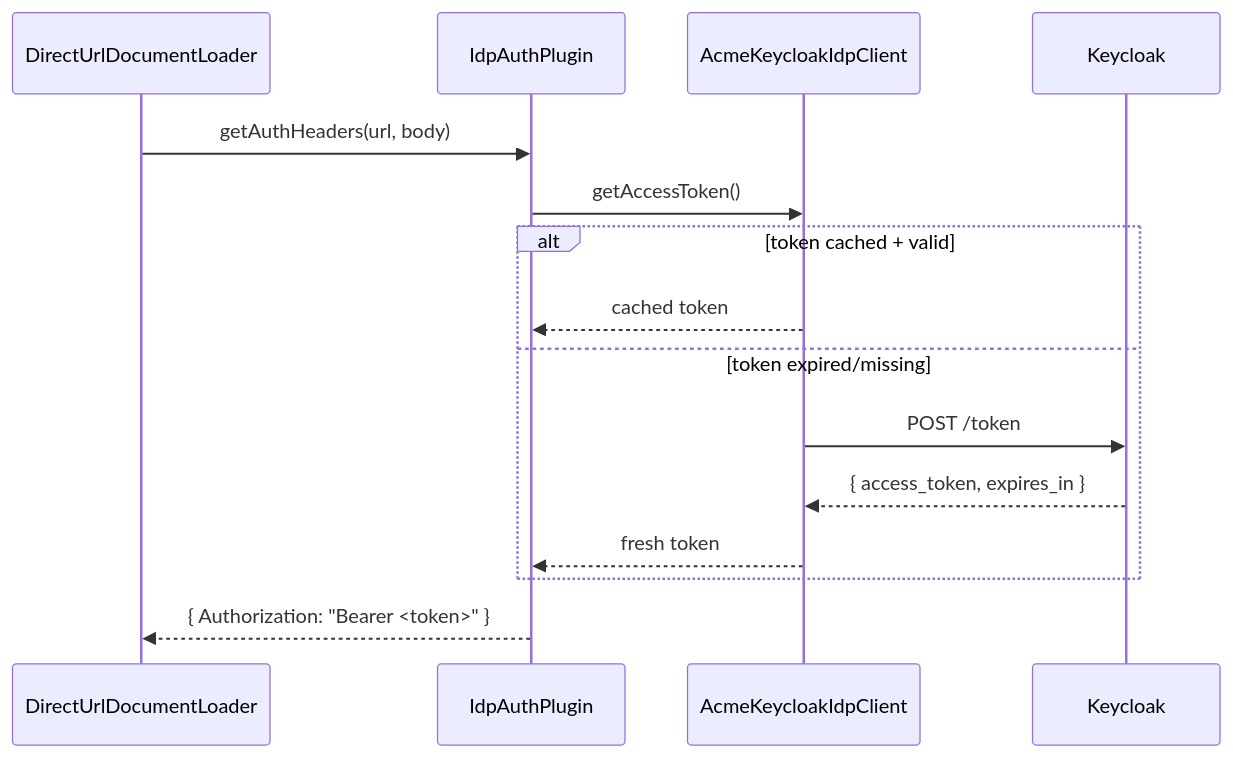
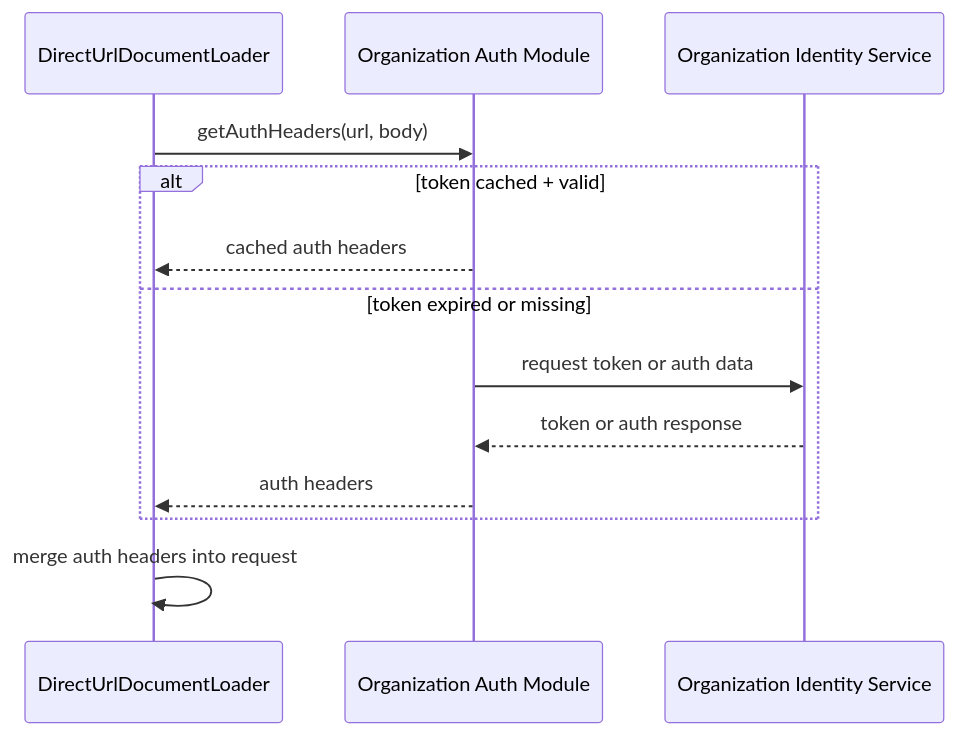
One commit to jimthompson5802/calm-web-repo changed the diagram in docs/general-idp-authplugin-code-examples.md. Above: the diagram before and after it, drawn with Mermaid. The commit also changed other lines of this file and 1 other file, not shown here.

Commit message:
feat: update documentation for direct URL authentication module and remove outdated design review

````diff
--- a/docs/general-idp-authplugin-code-examples.md
+++ b/docs/general-idp-authplugin-code-examples.md
@@ -239,18 +207,16 @@
 ```mermaid
 sequenceDiagram
     participant Loader as DirectUrlDocumentLoader
-    participant IAP as IdpAuthPlugin
-    participant ACME as AcmeKeycloakIdpClient
-    participant KC as Keycloak
+    participant ORG as Organization Auth Module
+    participant IDP as Organization Identity Service
 
-    Loader->>IAP: getAuthHeaders(url, body)
-    IAP->>ACME: getAccessToken()
+    Loader->>ORG: getAuthHeaders(url, body)
     alt token cached + valid
-        ACME-->>IAP: cached token
-    else token expired/missing
-        ACME->>KC: POST /token
-        KC-->>ACME: { access_token, expires_in }
-        ACME-->>IAP: fresh token
+        ORG-->>Loader: cached auth headers
+    else token expired or missing
+        ORG->>IDP: request token or auth data
+        IDP-->>ORG: token or auth response
+        ORG-->>Loader: auth headers
     end
-    IAP-->>Loader: { Authorization: "Bearer <token>" }
+    Loader->>Loader: merge auth headers into request
 ```
````
